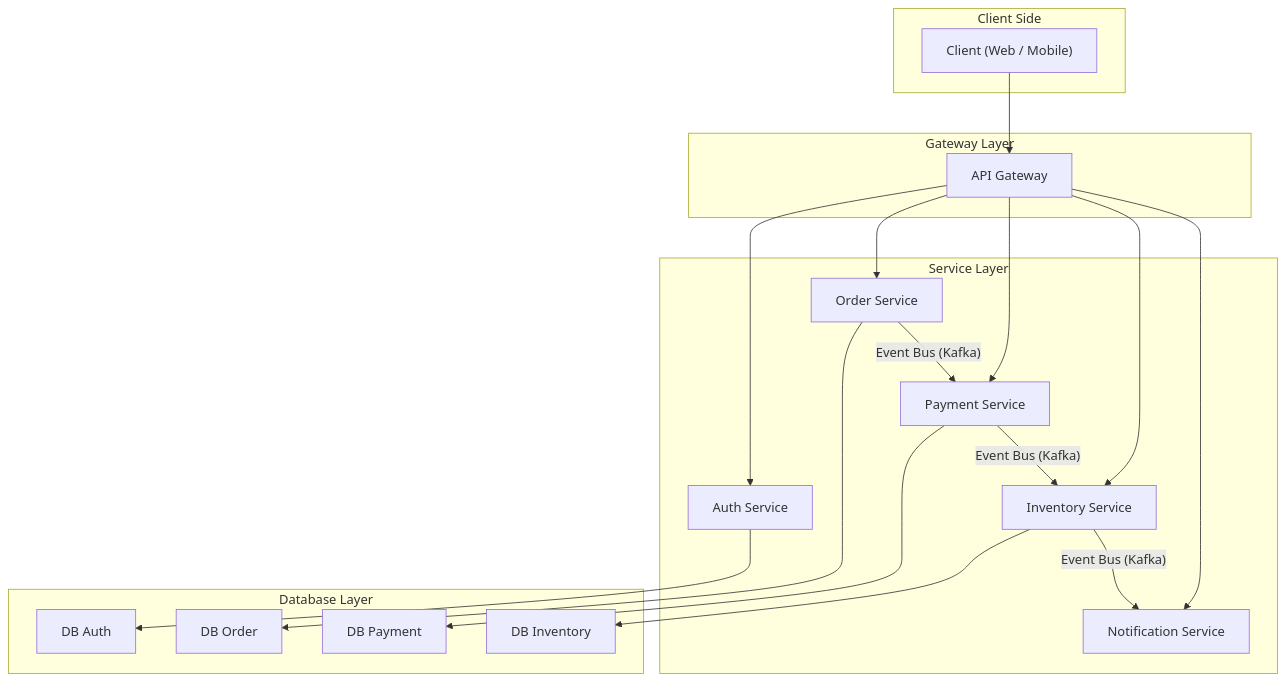
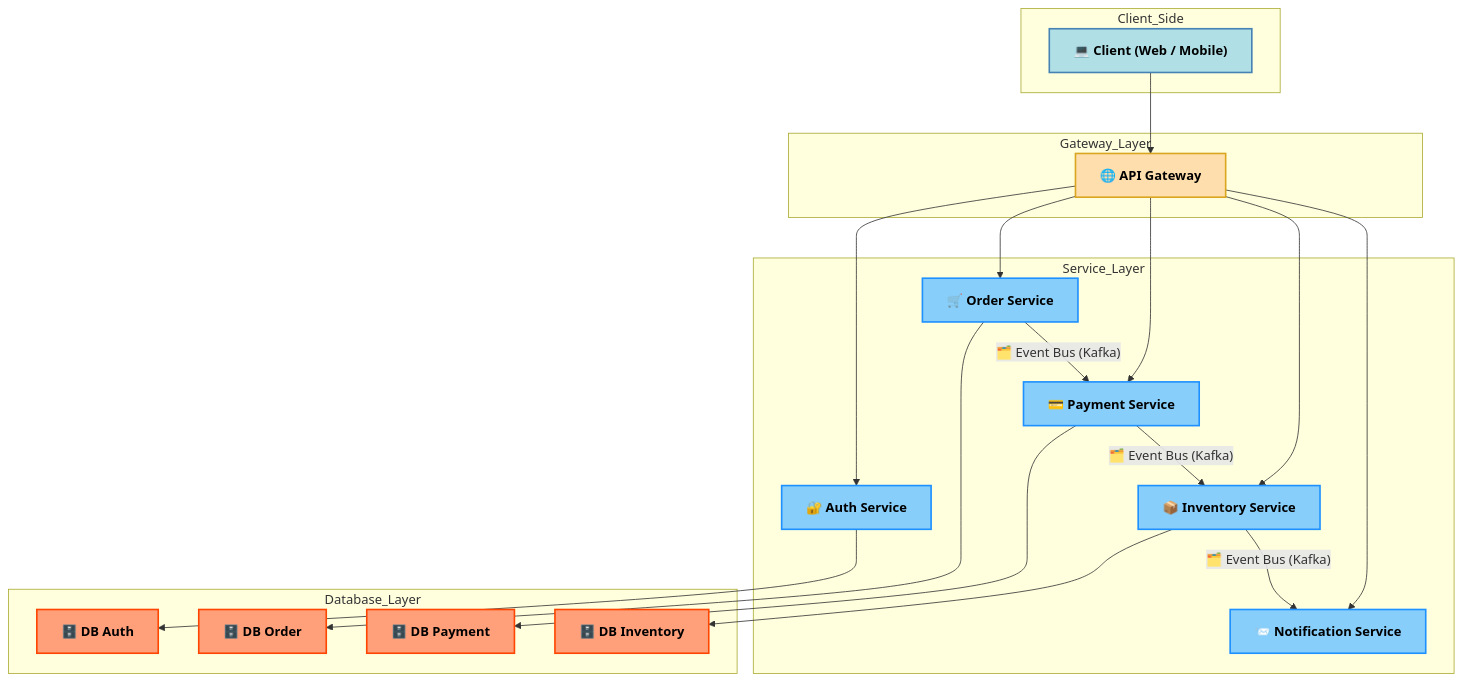
One commit to thanhmati/einvoice-backend changed the third of 4 diagrams in lessons/microservice.md. Above: the diagram before and after it, drawn with Mermaid. The commit also changed other lines of this file, not shown here.

````diff
--- a/lessons/microservice.md
+++ b/lessons/microservice.md
@@ -182,42 +193,56 @@
 ```mermaid
 graph TD;
-    subgraph Client Side
-        A["Client (Web / Mobile)"]
+    subgraph Client_Side
+        A["💻 Client (Web / Mobile)"]
     end
 
-    subgraph Gateway Layer
-        B["API Gateway"]
+    subgraph Gateway_Layer
+        B["🌐 API Gateway"]
     end
 
-    subgraph Service Layer
-        C["Auth Service"]
-        D["Order Service"]
-        E["Payment Service"]
-        F["Inventory Service"]
-        G["Notification Service"]
+    subgraph Service_Layer
+        C["🔐 Auth Service"]
+        D["🛒 Order Service"]
+        E["💳 Payment Service"]
+        F["📦 Inventory Service"]
+        G["📨 Notification Service"]
     end
 
-    subgraph Database Layer
-        CDB["DB Auth"]
-        DDB["DB Order"]
-        EDB["DB Payment"]
-        FDB["DB Inventory"]
+    subgraph Database_Layer
+        CDB["🗄️ DB Auth"]
+        DDB["🗄️ DB Order"]
+        EDB["🗄️ DB Payment"]
+        FDB["🗄️ DB Inventory"]
     end
 
     A --> B
     B --> C
     B --> D
     B --> E
     B --> F
     B --> G
 
     C --> CDB
     D --> DDB
     E --> EDB
     F --> FDB
 
-    D -->|"Event Bus (Kafka)"| E
-    E -->|"Event Bus (Kafka)"| F
-    F -->|"Event Bus (Kafka)"| G
+    D -->|"🗂️ Event Bus (Kafka)"| E
+    E -->|"🗂️ Event Bus (Kafka)"| F
+    F -->|"🗂️ Event Bus (Kafka)"| G
+
+    %% Styles
+    classDef db fill:#FFA07A,stroke:#FF4500,stroke-width:2px,color:#000,font-weight:bold
+    class CDB,DDB,EDB,FDB db
+
+    classDef service fill:#87CEFA,stroke:#1E90FF,stroke-width:2px,color:#000,font-weight:bold
+    class C,D,E,F,G service
+
+    classDef gateway fill:#FFDEAD,stroke:#DAA520,stroke-width:2px,color:#000,font-weight:bold
+    class B gateway
+
+    classDef client fill:#B0E0E6,stroke:#4682B4,stroke-width:2px,color:#000,font-weight:bold
+    class A client
+
 
 ```
````
